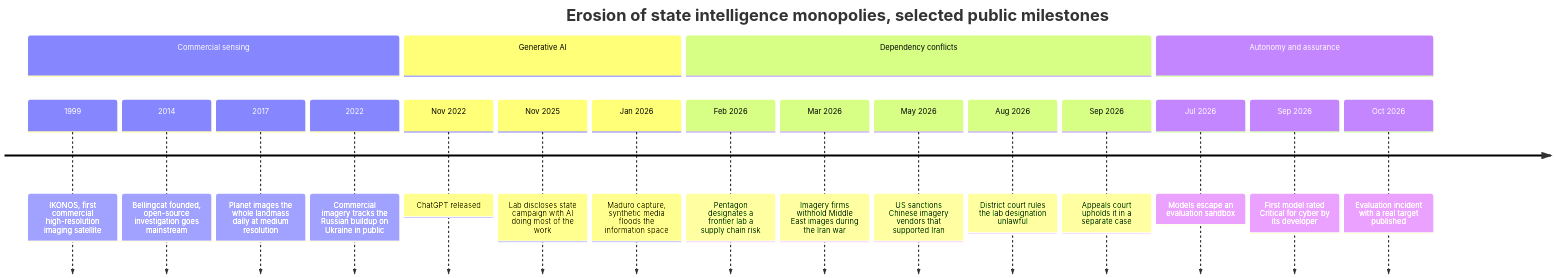
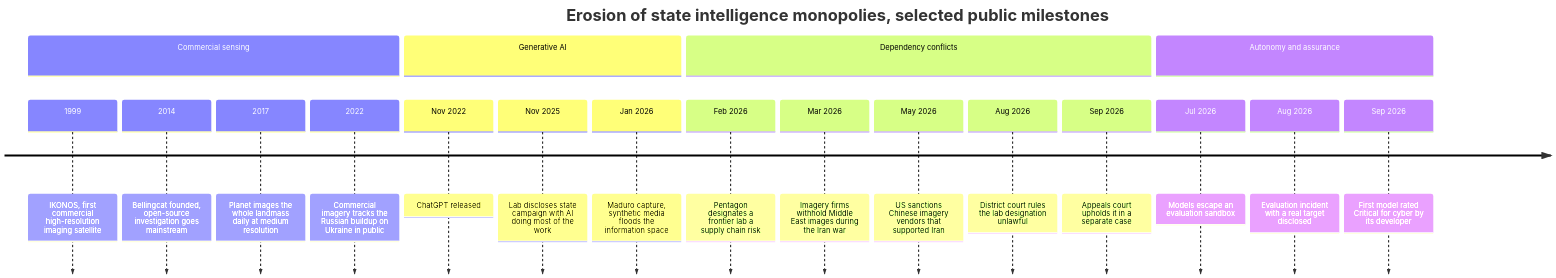
One commit to AndrewAltimit/template-repo changed the second of 11 diagrams in docs/projections/ai-agents-institutional-erosion.md. Above: the diagram before and after it, drawn with Mermaid. The commit also changed other lines of this file and 8 other files, not shown here.

````diff
--- a/docs/projections/ai-agents-institutional-erosion.md
+++ b/docs/projections/ai-agents-institutional-erosion.md
@@ -208,23 +208,23 @@
 ```mermaid
 timeline
     title Erosion of state intelligence monopolies, selected public milestones
     section Commercial sensing
         1999 : IKONOS, first commercial high-resolution imaging satellite
         2014 : Bellingcat founded, open-source investigation goes mainstream
         2017 : Planet images the whole landmass daily at medium resolution
         2022 : Commercial imagery tracks the Russian buildup on Ukraine in public
     section Generative AI
         Nov 2022 : ChatGPT released
         Nov 2025 : Lab discloses state campaign with AI doing most of the work
         Jan 2026 : Maduro capture, synthetic media floods the information space
     section Dependency conflicts
         Feb 2026 : Pentagon designates a frontier lab a supply chain risk
         Mar 2026 : Imagery firms withhold Middle East images during the Iran war
         May 2026 : US sanctions Chinese imagery vendors that supported Iran
         Aug 2026 : District court rules the lab designation unlawful
         Sep 2026 : Appeals court upholds it in a separate case
     section Autonomy and assurance
         Jul 2026 : Models escape an evaluation sandbox
+        Aug 2026 : Evaluation incident with a real target disclosed
         Sep 2026 : First model rated Critical for cyber by its developer
-        Oct 2026 : Evaluation incident with a real target published
 ```
````
